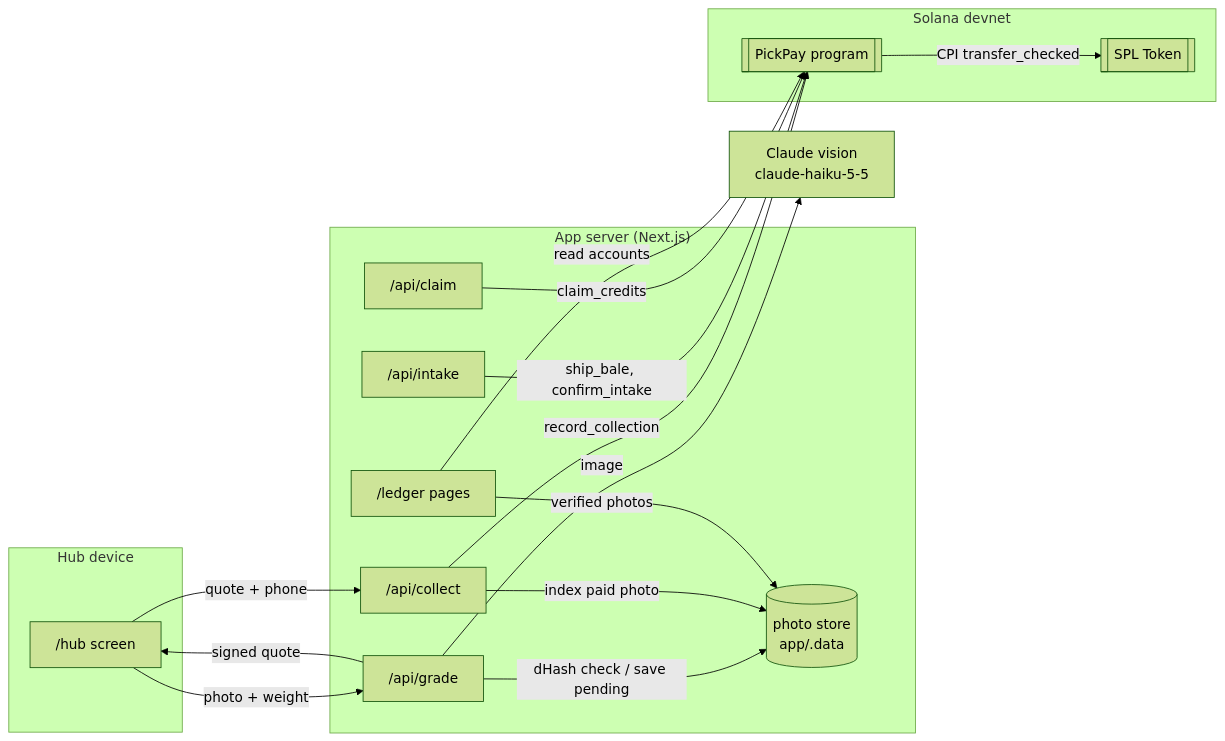
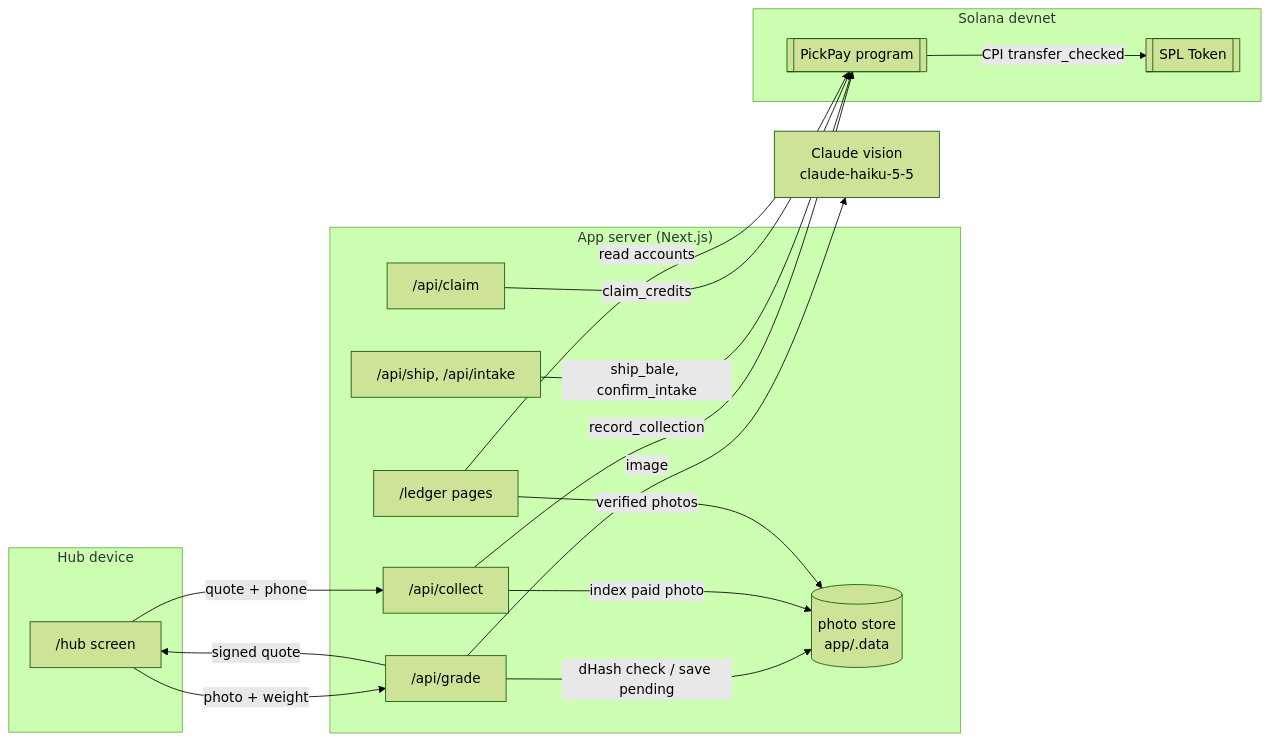
The first of 3 diagrams in docs/architecture.md (Don-Vicks/pickpay), drawn with Mermaid (forest theme) before and after one commit. The commit also changed other lines of this file and 32 other files, not shown here.

````diff
--- a/docs/architecture.md
+++ b/docs/architecture.md
@@ -7,31 +7,31 @@
 ```mermaid
 flowchart LR
   subgraph Device["Hub device"]
     UI["/hub screen"]
   end
   subgraph App["App server (Next.js)"]
     G["/api/grade"]
     C["/api/collect"]
-    I["/api/intake"]
+    I["/api/ship, /api/intake"]
     K["/api/claim"]
     L["/ledger pages"]
     P[("photo store<br/>app/.data")]
   end
   AI["Claude vision<br/>claude-haiku-5-5"]
   subgraph Chain["Solana devnet"]
     PG[["PickPay program"]]
     T[["SPL Token"]]
   end
   UI -- photo + weight --> G
   G -- image --> AI
   G -- dHash check / save pending --> P
   G -- signed quote --> UI
   UI -- quote + phone --> C
   C -- record_collection --> PG
   PG -- CPI transfer_checked --> T
   C -- index paid photo --> P
   I -- ship_bale, confirm_intake --> PG
   K -- claim_credits --> PG
   L -- read accounts --> PG
   L -- verified photos --> P
 ```
````
